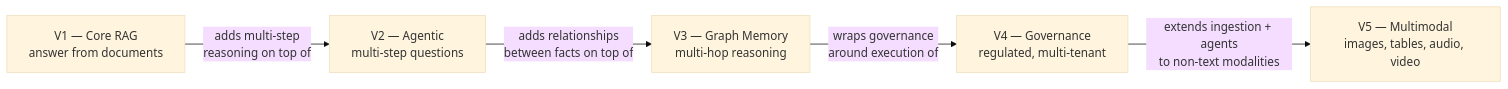
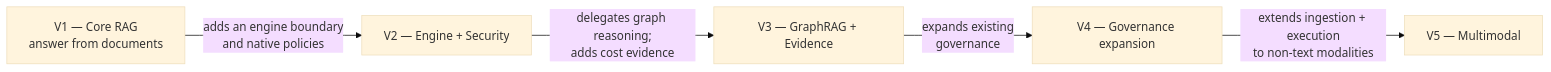
The diagram in docs/onboarding.md (HerbertGourout/modular-rag-framework), drawn with Mermaid before and after one commit. The commit also changed other lines of this file and 59 other files, not shown here.

````diff
--- a/docs/onboarding.md
+++ b/docs/onboarding.md
@@ -175,8 +171,8 @@
 ```mermaid
 %%{init: {"theme": "base"}}%%
 flowchart LR
-    V1["V1 — Core RAG\nanswer from documents"] -->|"adds multi-step\nreasoning on top of"| V2["V2 — Agentic\nmulti-step questions"]
-    V2 -->|"adds relationships\nbetween facts on top of"| V3["V3 — Graph Memory\nmulti-hop reasoning"]
-    V3 -->|"wraps governance\naround execution of"| V4["V4 — Governance\nregulated, multi-tenant"]
-    V4 -->|"extends ingestion + agents\nto non-text modalities"| V5["V5 — Multimodal\nimages, tables, audio, video"]
+    V1["V1 — Core RAG\nanswer from documents"] -->|"adds an engine boundary\nand native policies"| V2["V2 — Engine + Security"]
+    V2 -->|"delegates graph reasoning;\nadds cost evidence"| V3["V3 — GraphRAG + Evidence"]
+    V3 -->|"expands existing\ngovernance"| V4["V4 — Governance expansion"]
+    V4 -->|"extends ingestion + execution\nto non-text modalities"| V5["V5 — Multimodal"]
 ```
````
